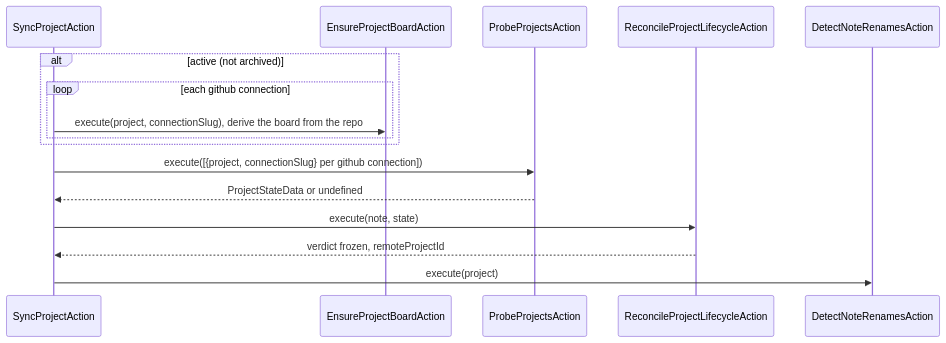
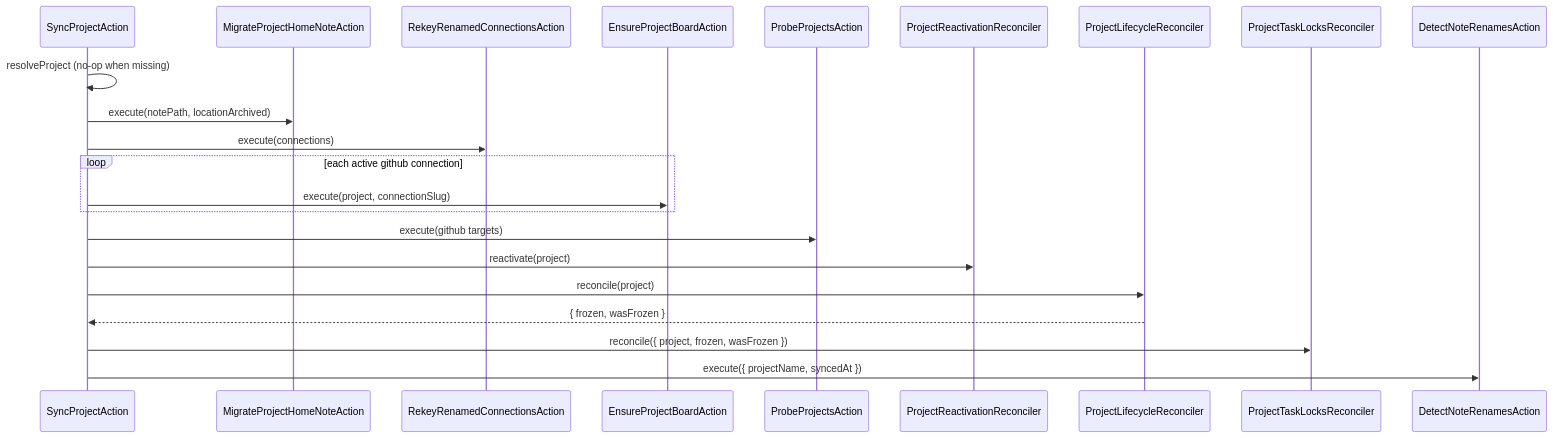
The second of 18 diagrams in docs/developer-manual.md (99linesofcode/obsidian-project-management), drawn with Mermaid before and after one commit. The commit also changed other lines of this file and 1 other file, not shown here.

First line of the commit message:
docs: rewrite the manual and architecture for the multi-adapter core

````diff
--- a/docs/developer-manual.md
+++ b/docs/developer-manual.md
@@ -189,19 +210,25 @@
 ```mermaid
 sequenceDiagram
   participant SP as SyncProjectAction
+  participant Mig as MigrateProjectHomeNoteAction
+  participant Rek as RekeyRenamedConnectionsAction
   participant Ens as EnsureProjectBoardAction
   participant Probe as ProbeProjectsAction
-  participant Life as ReconcileProjectLifecycleAction
+  participant React as ProjectReactivationReconciler
+  participant Life as ProjectLifecycleReconciler
+  participant Lock as ProjectTaskLocksReconciler
   participant Ren as DetectNoteRenamesAction
 
-  alt active (not archived)
-    loop each github connection
-      SP->>Ens: execute(project, connectionSlug), derive the board from the repo
-    end
+  SP->>SP: resolveProject (no-op when missing)
+  SP->>Mig: execute(notePath, locationArchived)
+  SP->>Rek: execute(connections)
+  loop each active github connection
+    SP->>Ens: execute(project, connectionSlug)
   end
-  SP->>Probe: execute([{project, connectionSlug} per github connection])
-  Probe-->>SP: ProjectStateData or undefined
-  SP->>Life: execute(note, state)
-  Life-->>SP: verdict frozen, remoteProjectId
-  SP->>Ren: execute(project)
+  SP->>Probe: execute(github targets)
+  SP->>React: reactivate(project)
+  SP->>Life: reconcile(project)
+  Life-->>SP: { frozen, wasFrozen }
+  SP->>Lock: reconcile({ project, frozen, wasFrozen })
+  SP->>Ren: execute({ projectName, syncedAt })
 ```
````
